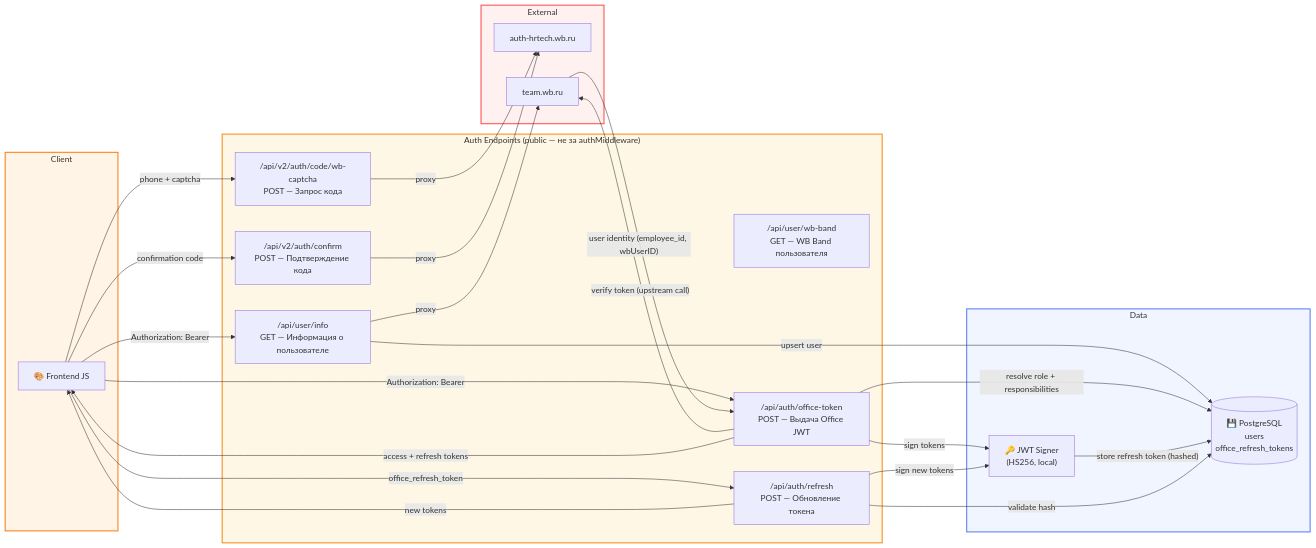
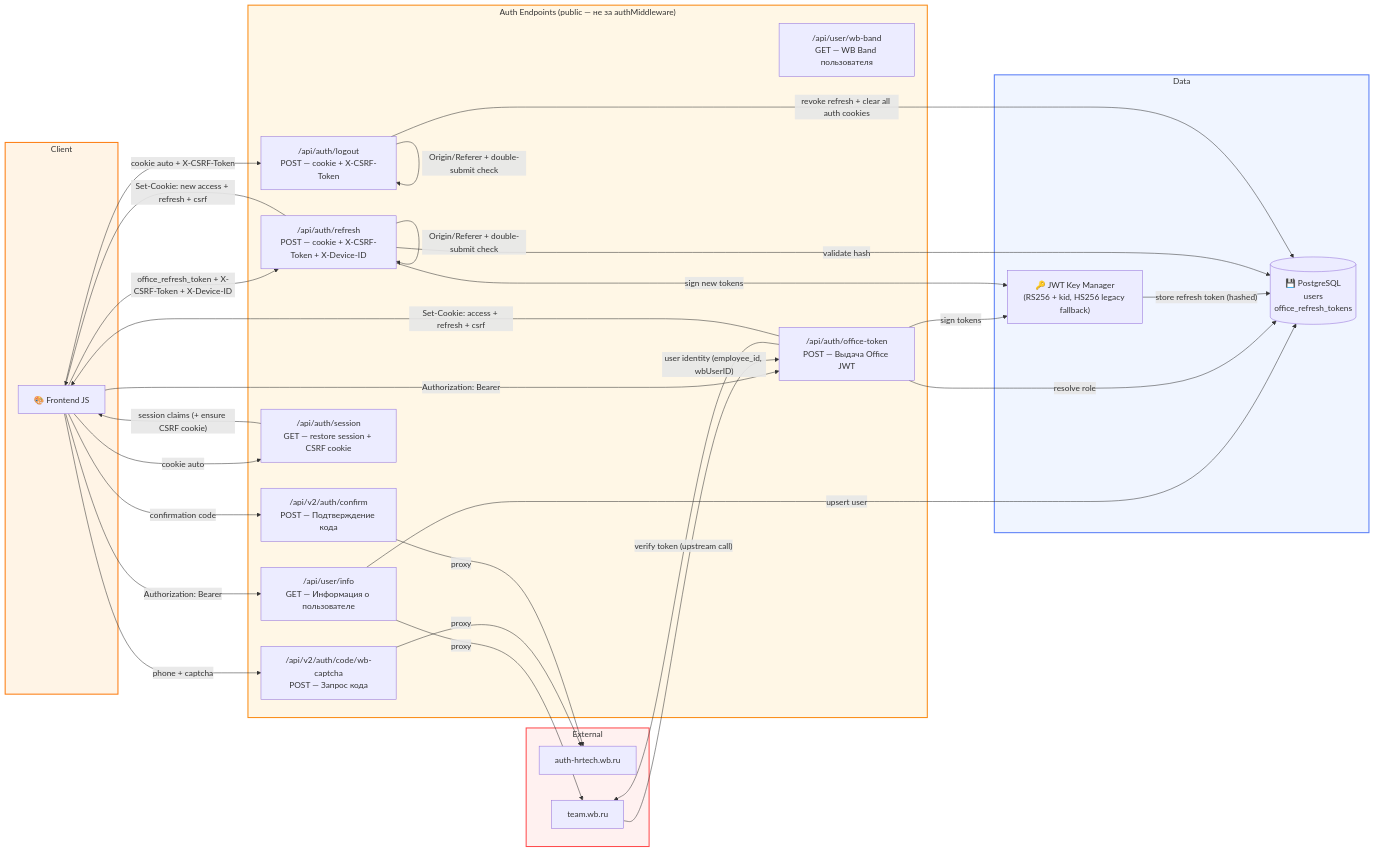
The third of 9 diagrams in DATA_FLOW_DIAGRAM.md (radiantbald/office-management), drawn with Mermaid before and after one commit. The commit also changed other lines of this file and 11 other files, not shown here.

````diff
--- a/DATA_FLOW_DIAGRAM.md
+++ b/DATA_FLOW_DIAGRAM.md
@@ -59,52 +59,62 @@
 ```mermaid
 graph LR
     subgraph Client
         JS["🎨 Frontend JS"]
     end
 
     subgraph AuthAPI["Auth Endpoints (public — не за authMiddleware)"]
         Code["/api/v2/auth/code/wb-captcha\nPOST — Запрос кода"]
         Confirm["/api/v2/auth/confirm\nPOST — Подтверждение кода"]
         UserInfo["/api/user/info\nGET — Информация о пользователе"]
         WbBand["/api/user/wb-band\nGET — WB Band пользователя"]
         OfficeToken["/api/auth/office-token\nPOST — Выдача Office JWT"]
-        Refresh["/api/auth/refresh\nPOST — Обновление токена"]
+        Refresh["/api/auth/refresh\nPOST — cookie + X-CSRF-Token + X-Device-ID"]
+        Session["/api/auth/session\nGET — restore session + CSRF cookie"]
+        Logout["/api/auth/logout\nPOST — cookie + X-CSRF-Token"]
     end
 
     subgraph Ext["External"]
         AuthHR["auth-hrtech.wb.ru"]
         TeamWB["team.wb.ru"]
     end
 
     subgraph Data
-        JWTMod["🔑 JWT Signer\n(HS256, local)"]
+        JWTMod["🔑 JWT Key Manager\n(RS256 + kid, HS256 legacy fallback)"]
         DB[("💾 PostgreSQL\nusers\noffice_refresh_tokens")]
     end
 
     JS -- "phone + captcha" --> Code
     Code -- "proxy" --> AuthHR
     JS -- "confirmation code" --> Confirm
     Confirm -- "proxy" --> AuthHR
 
     JS -- "Authorization: Bearer" --> UserInfo
     UserInfo -- "proxy" --> TeamWB
     UserInfo -- "upsert user" --> DB
 
     JS -- "Authorization: Bearer" --> OfficeToken
     OfficeToken -- "verify token (upstream call)" --> TeamWB
     TeamWB -- "user identity (employee_id, wbUserID)" --> OfficeToken
-    OfficeToken -- "resolve role + responsibilities" --> DB
+    OfficeToken -- "resolve role" --> DB
     OfficeToken -- "sign tokens" --> JWTMod
     JWTMod -- "store refresh token (hashed)" --> DB
-    OfficeToken -- "access + refresh tokens" --> JS
+    OfficeToken -- "Set-Cookie: access + refresh + csrf" --> JS
 
-    JS -- "office_refresh_token" --> Refresh
+    JS -- "office_refresh_token + X-CSRF-Token + X-Device-ID" --> Refresh
+    Refresh -- "Origin/Referer + double-submit check" --> Refresh
     Refresh -- "validate hash" --> DB
     Refresh -- "sign new tokens" --> JWTMod
-    Refresh -- "new tokens" --> JS
+    Refresh -- "Set-Cookie: new access + refresh + csrf" --> JS
+
+    JS -- "cookie auto" --> Session
+    Session -- "session claims (+ ensure CSRF cookie)" --> JS
+
+    JS -- "cookie auto + X-CSRF-Token" --> Logout
+    Logout -- "Origin/Referer + double-submit check" --> Logout
+    Logout -- "revoke refresh + clear all auth cookies" --> DB
 
     style Client fill:#FFF4E6,stroke:#FD7E14,stroke-width:2px
     style AuthAPI fill:#FFF7E6,stroke:#FA8C16,stroke-width:2px
     style Ext fill:#FFF1F0,stroke:#FF4D4F,stroke-width:2px
     style Data fill:#F0F5FF,stroke:#597EF7,stroke-width:2px
 ```
````
